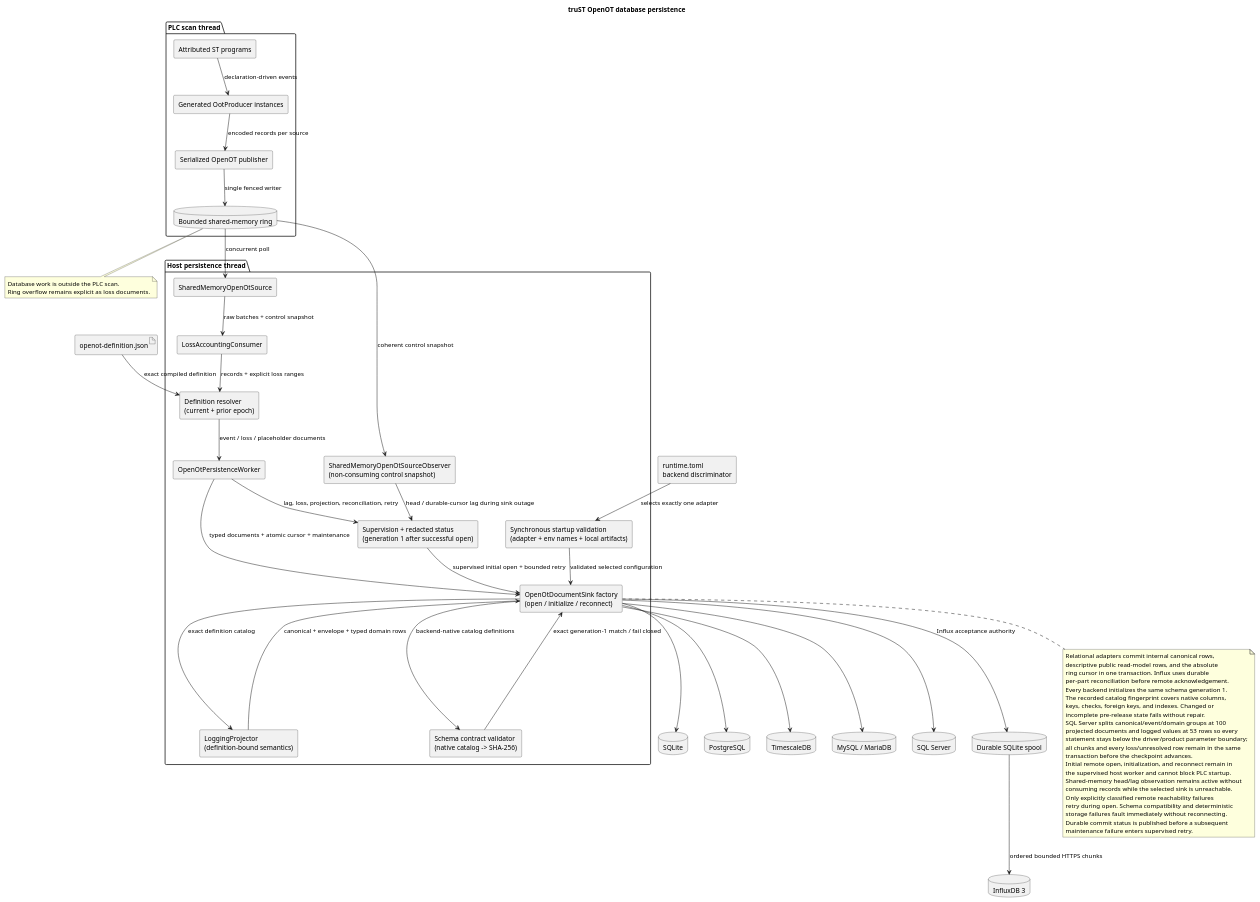
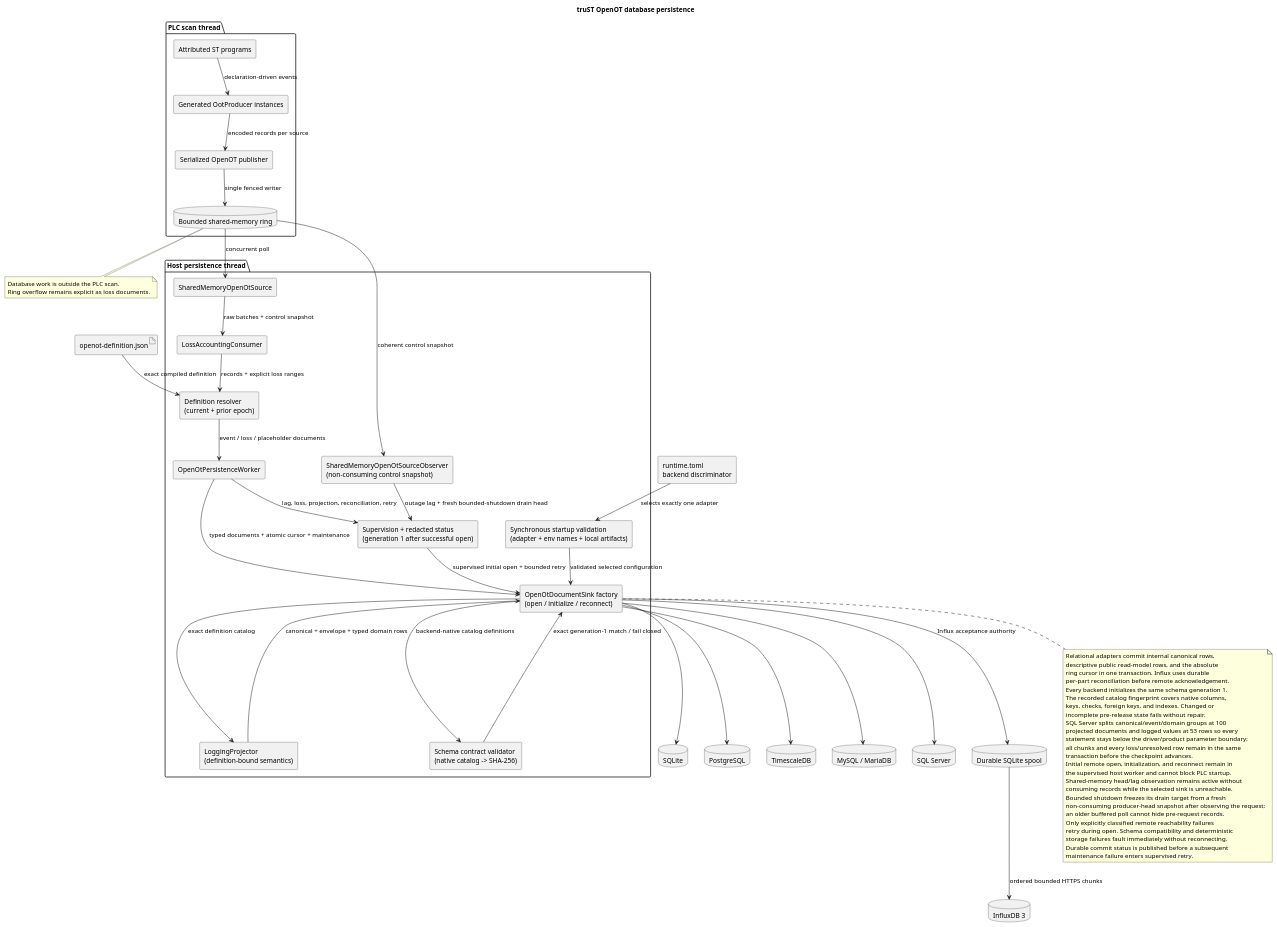
Before and after one commit to johannesPettersson80/trust-platform: the diagram in docs/diagrams/architecture/openot-database-persistence.puml, drawn with PlantUML. The commit also changed 10 other files, not shown here.

```diff
--- a/docs/diagrams/architecture/openot-database-persistence.puml
+++ b/docs/diagrams/architecture/openot-database-persistence.puml
@@ -1,92 +1,95 @@
 @startuml
 title truST OpenOT database persistence
 skinparam componentStyle rectangle
 
 package "PLC scan thread" {
   component "Attributed ST programs" as st
   component "Generated OotProducer instances" as producers
   component "Serialized OpenOT publisher" as publisher
   database "Bounded shared-memory ring" as ring
   st --> producers : declaration-driven events
   producers --> publisher : encoded records per source
   publisher --> ring : single fenced writer
 }
 
 package "Host persistence thread" {
   component "SharedMemoryOpenOtSourceObserver\n(non-consuming control snapshot)" as observer
   component "SharedMemoryOpenOtSource" as source
   component "LossAccountingConsumer" as loss
   component "Definition resolver\n(current + prior epoch)" as resolver
   component "OpenOtPersistenceWorker" as worker
   component "LoggingProjector\n(definition-bound semantics)" as projector
   component "Synchronous startup validation\n(adapter + env names + local artifacts)" as startup
   component "OpenOtDocumentSink factory\n(open / initialize / reconnect)" as factory
   component "Schema contract validator\n(native catalog -> SHA-256)" as schema
   component "Supervision + redacted status\n(generation 1 after successful open)" as status
   ring --> source : concurrent poll
   ring --> observer : coherent control snapshot
-  observer --> status : head / durable-cursor lag during sink outage
+  observer --> status : outage lag + fresh bounded-shutdown drain head
   source --> loss : raw batches + control snapshot
   loss --> resolver : records + explicit loss ranges
   resolver --> worker : event / loss / placeholder documents
   startup --> factory : validated selected configuration
   status --> factory : supervised initial open + bounded retry
   worker --> factory : typed documents + atomic cursor + maintenance
   factory --> schema : backend-native catalog definitions
   schema --> factory : exact generation-1 match / fail closed
   factory --> projector : exact definition catalog
   projector --> factory : canonical + envelope + typed domain rows
   worker --> status : lag, loss, projection, reconciliation, retry
 }
 
 artifact "openot-definition.json" as definition
 component "runtime.toml\nbackend discriminator" as toml
 definition --> resolver : exact compiled definition
 toml --> startup : selects exactly one adapter
 
 database "SQLite" as sqlite
 database "PostgreSQL" as postgres
 database "TimescaleDB" as timescale
 database "MySQL / MariaDB" as mysql
 database "SQL Server" as sqlserver
 database "InfluxDB 3" as influx
 database "Durable SQLite spool" as spool
 
 factory --> sqlite
 factory --> postgres
 factory --> timescale
 factory --> mysql
 factory --> sqlserver
 factory --> spool : Influx acceptance authority
 spool --> influx : ordered bounded HTTPS chunks
 
 note bottom of ring
 Database work is outside the PLC scan.
 Ring overflow remains explicit as loss documents.
 end note
 
 note bottom of factory
 Relational adapters commit internal canonical rows,
 descriptive public read-model rows, and the absolute
 ring cursor in one transaction. Influx uses durable
 per-part reconciliation before remote acknowledgement.
 Every backend initializes the same schema generation 1.
 The recorded catalog fingerprint covers native columns,
 keys, checks, foreign keys, and indexes. Changed or
 incomplete pre-release state fails without repair.
 SQL Server splits canonical/event/domain groups at 100
 projected documents and logged values at 53 rows so every
 statement stays below the driver/product parameter boundary;
 all chunks and every loss/unresolved row remain in the same
 transaction before the checkpoint advances.
 Initial remote open, initialization, and reconnect remain in
 the supervised host worker and cannot block PLC startup.
 Shared-memory head/lag observation remains active without
 consuming records while the selected sink is unreachable.
+Bounded shutdown freezes its drain target from a fresh
+non-consuming producer-head snapshot after observing the request;
+an older buffered poll cannot hide pre-request records.
 Only explicitly classified remote reachability failures
 retry during open. Schema compatibility and deterministic
 storage failures fault immediately without reconnecting.
 Durable commit status is published before a subsequent
 maintenance failure enters supervised retry.
 end note
 @enduml
```
